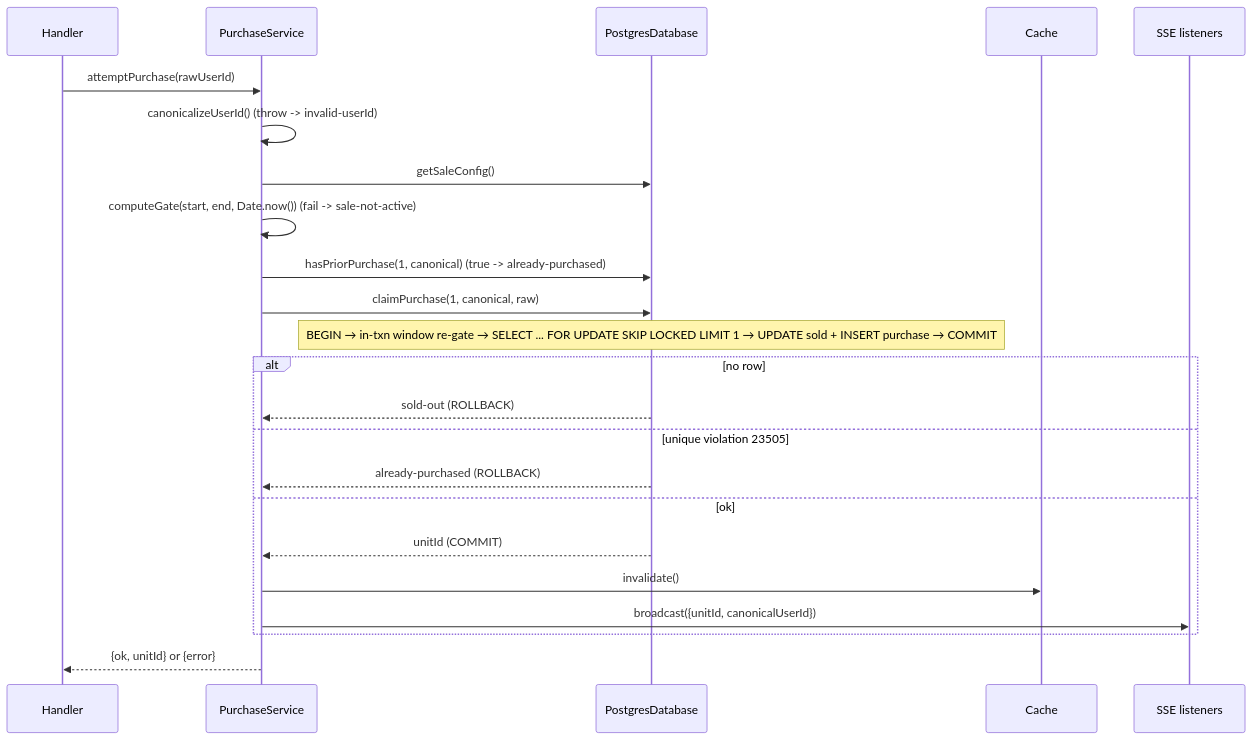
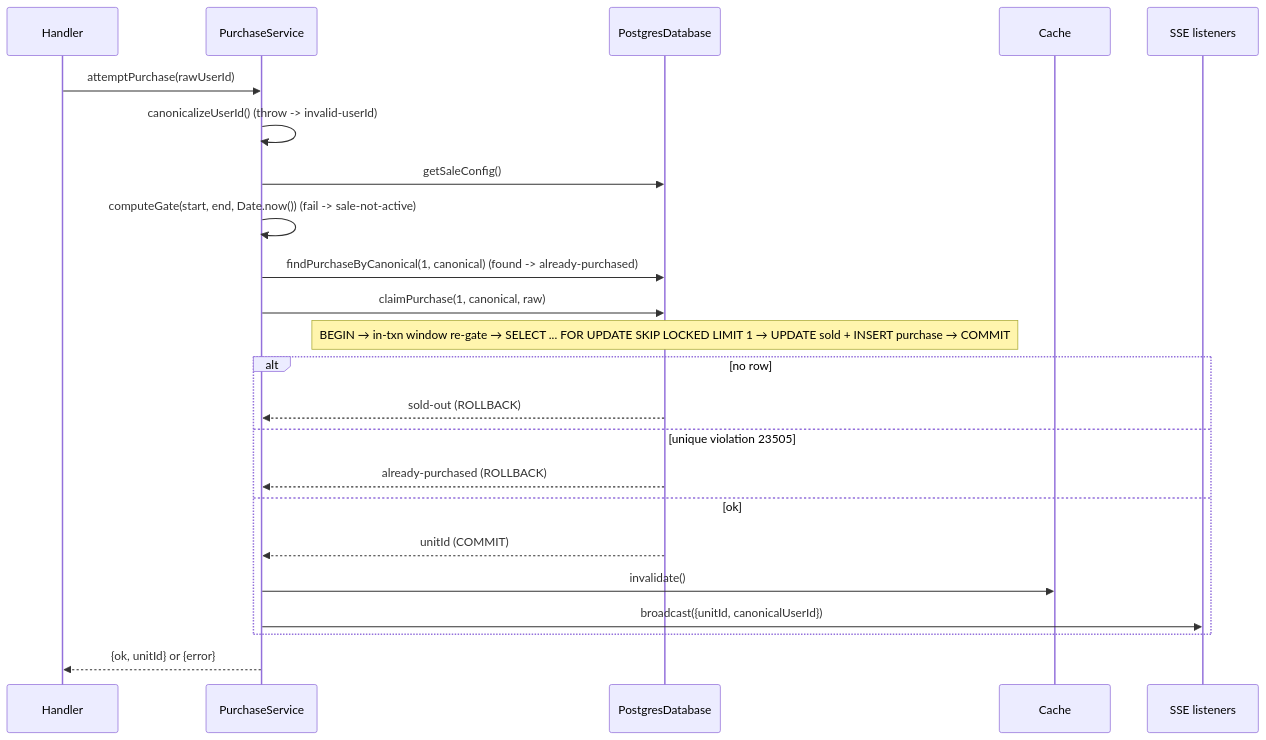
Before and after one commit to naufalmalikr/bookipi-flash-sale: the third of 4 diagrams in backend/README.md, drawn with Mermaid. The commit also changed other lines of this file and 1 other file, not shown here.

````diff
--- a/backend/README.md
+++ b/backend/README.md
@@ -119,26 +119,26 @@
 ```mermaid
 sequenceDiagram
     participant H as Handler
     participant P as PurchaseService
     participant D as PostgresDatabase
     participant C as Cache
     participant S as SSE listeners
 
     H->>P: attemptPurchase(rawUserId)
     P->>P: canonicalizeUserId() (throw -> invalid-userId)
     P->>D: getSaleConfig()
     P->>P: computeGate(start, end, Date.now()) (fail -> sale-not-active)
-    P->>D: hasPriorPurchase(1, canonical) (true -> already-purchased)
+    P->>D: findPurchaseByCanonical(1, canonical) (found -> already-purchased)
     P->>D: claimPurchase(1, canonical, raw)
     Note over D: BEGIN → in-txn window re-gate → SELECT ... FOR UPDATE SKIP LOCKED LIMIT 1 → UPDATE sold + INSERT purchase → COMMIT
     alt no row
         D-->>P: sold-out (ROLLBACK)
     else unique violation 23505
         D-->>P: already-purchased (ROLLBACK)
     else ok
         D-->>P: unitId (COMMIT)
         P->>C: invalidate()
         P->>S: broadcast({unitId, canonicalUserId})
     end
     P-->>H: {ok, unitId} or {error}
 ```
````
